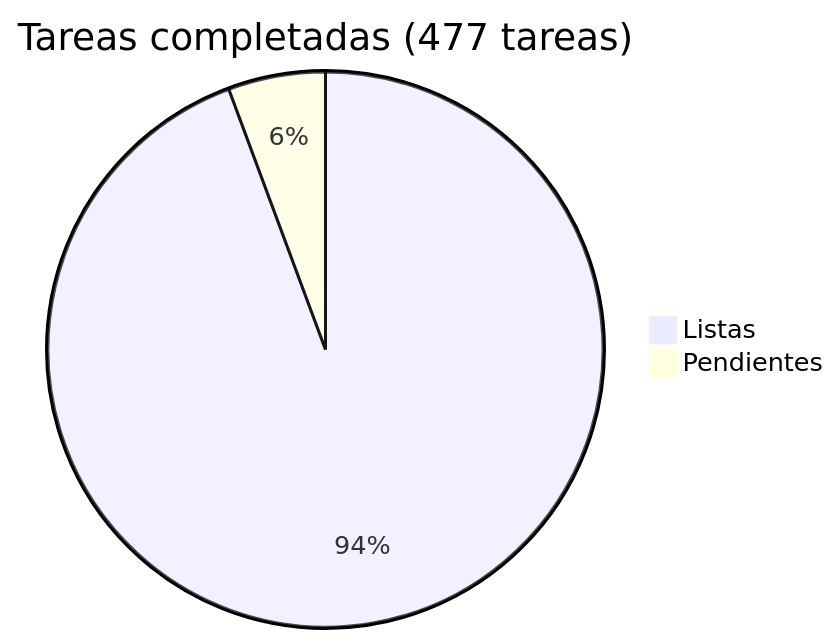
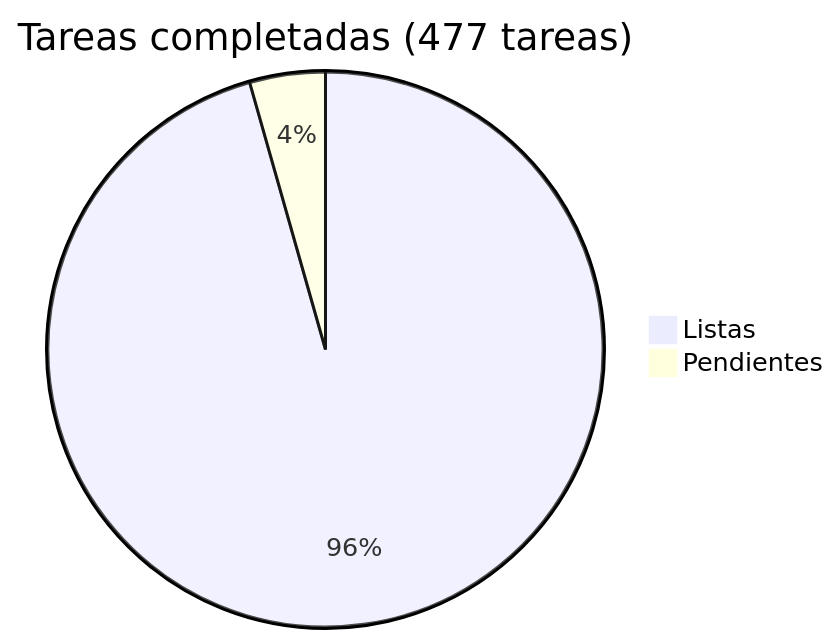
Before and after one commit to araguaney-lat/araguaney: the diagram in docs/roadmap/README.md, drawn with Mermaid. The commit also changed other lines of this file and 27 other files, not shown here.

````diff
--- a/docs/roadmap/README.md
+++ b/docs/roadmap/README.md
@@ -5,5 +5,5 @@
 ```mermaid
 pie title Tareas completadas (477 tareas)
-    "Listas" : 450
-    "Pendientes" : 27
+    "Listas" : 456
+    "Pendientes" : 21
 ```
````
